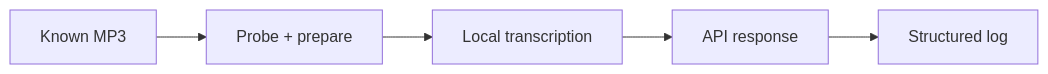
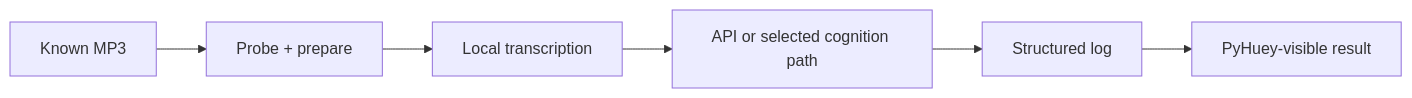
One commit to DylanLRPollock/Monkey-Head-Project changed the second of 2 diagrams in README.md. Above: the diagram before and after it, drawn with Mermaid. The commit also changed other lines of this file, not shown here.

Commit message:
Align README with v120.3 architecture

````diff
--- a/README.md
+++ b/README.md
@@ -192,7 +234,8 @@
 ```mermaid
 flowchart LR
     A["Known MP3"] --> B["Probe + prepare"]
     B --> C["Local transcription"]
-    C --> D["API response"]
+    C --> D["API or selected cognition path"]
     D --> E["Structured log"]
+    E --> F["PyHuey-visible result"]
 ```
````
